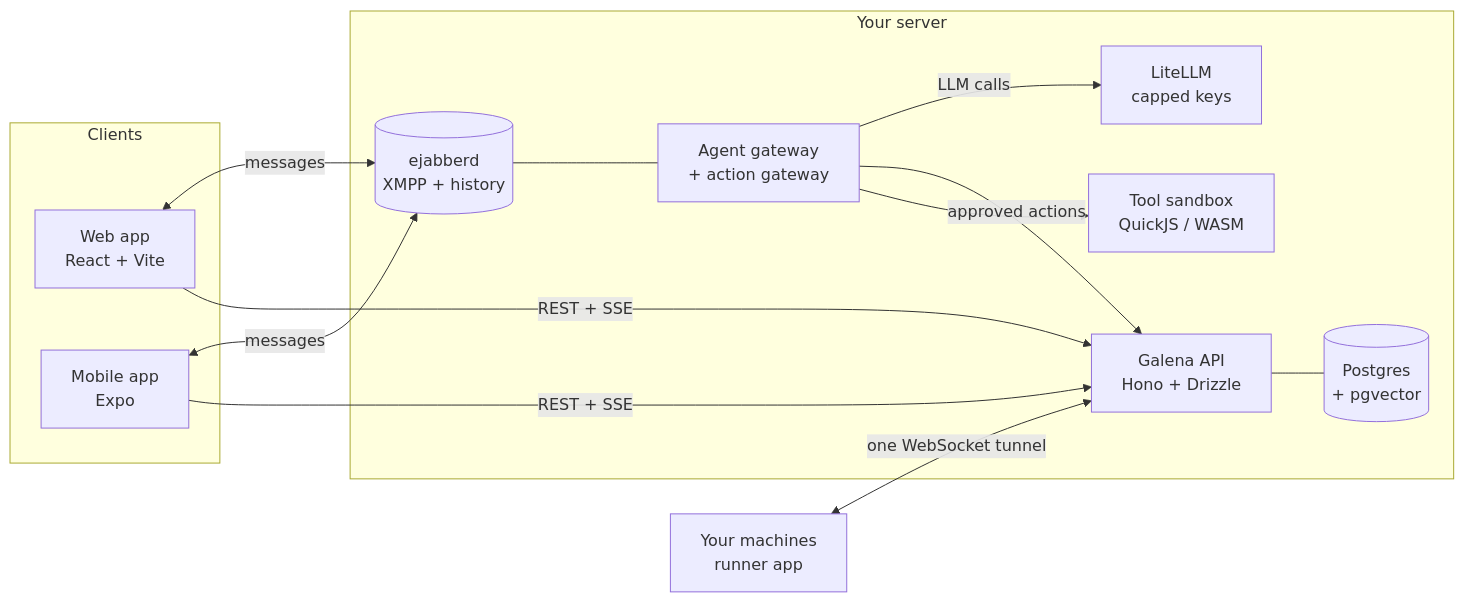
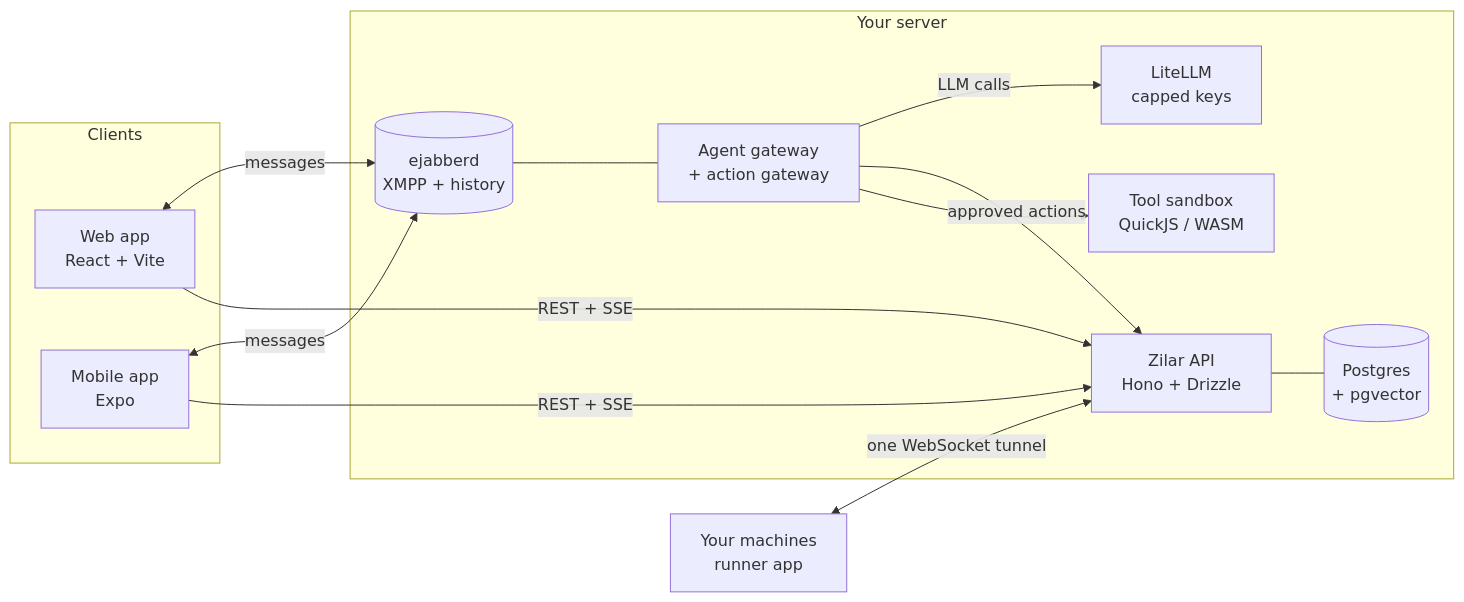
The diagram in README.md (JulioFerrero/zilar), drawn with Mermaid before and after one commit. The commit also changed other lines of this file and 468 other files, not shown here.

Commit message:
T-0160: rename everything from Galena to Zilar

````diff
--- a/README.md
+++ b/README.md
@@ -59,24 +59,24 @@
 ```mermaid
 flowchart LR
   subgraph Clients
     W[Web app<br/>React + Vite]
     M[Mobile app<br/>Expo]
   end
   subgraph Server["Your server"]
-    API[Galena API<br/>Hono + Drizzle]
+    API[Zilar API<br/>Hono + Drizzle]
     X[(ejabberd<br/>XMPP + history)]
     DB[(Postgres<br/>+ pgvector)]
     L[LiteLLM<br/>capped keys]
     G[Agent gateway<br/>+ action gateway]
     S[Tool sandbox<br/>QuickJS / WASM]
   end
   R[Your machines<br/>runner app]
   W & M <-->|messages| X
   W & M -->|REST + SSE| API
   API --- DB
   X --- G
   G -->|LLM calls| L
   G -->|approved actions| API
   G --> S
   R <-->|one WebSocket tunnel| API
 ```
````
